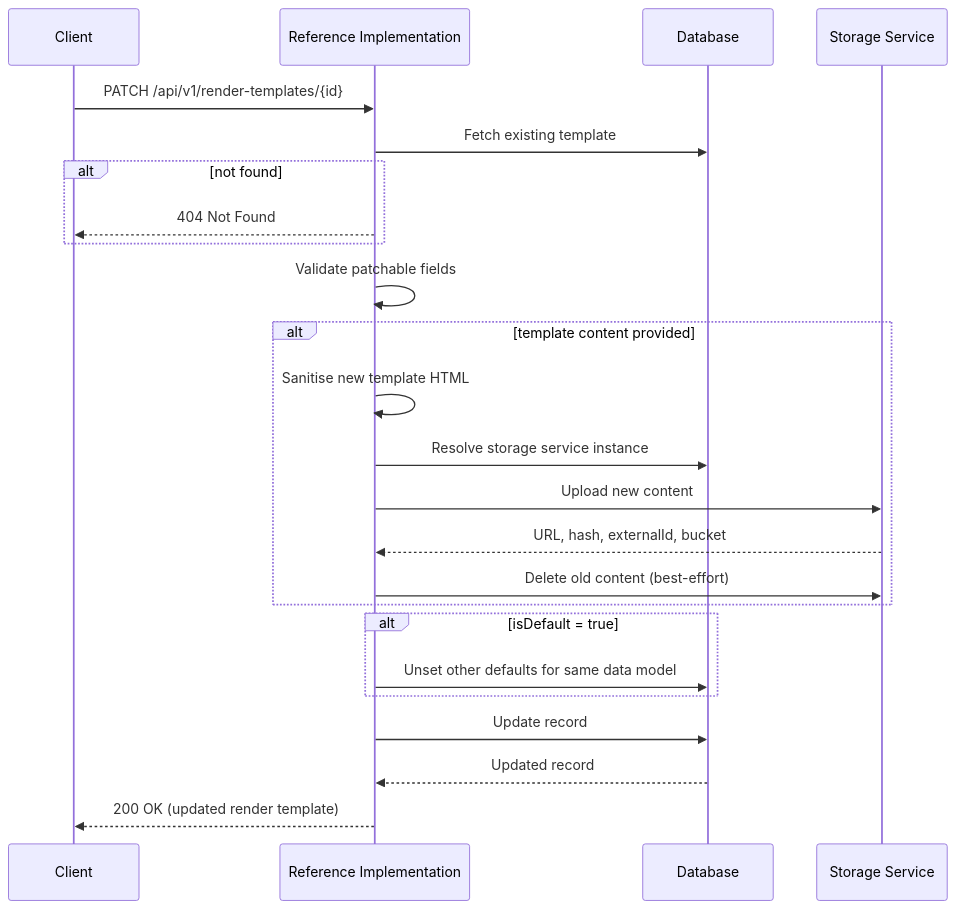
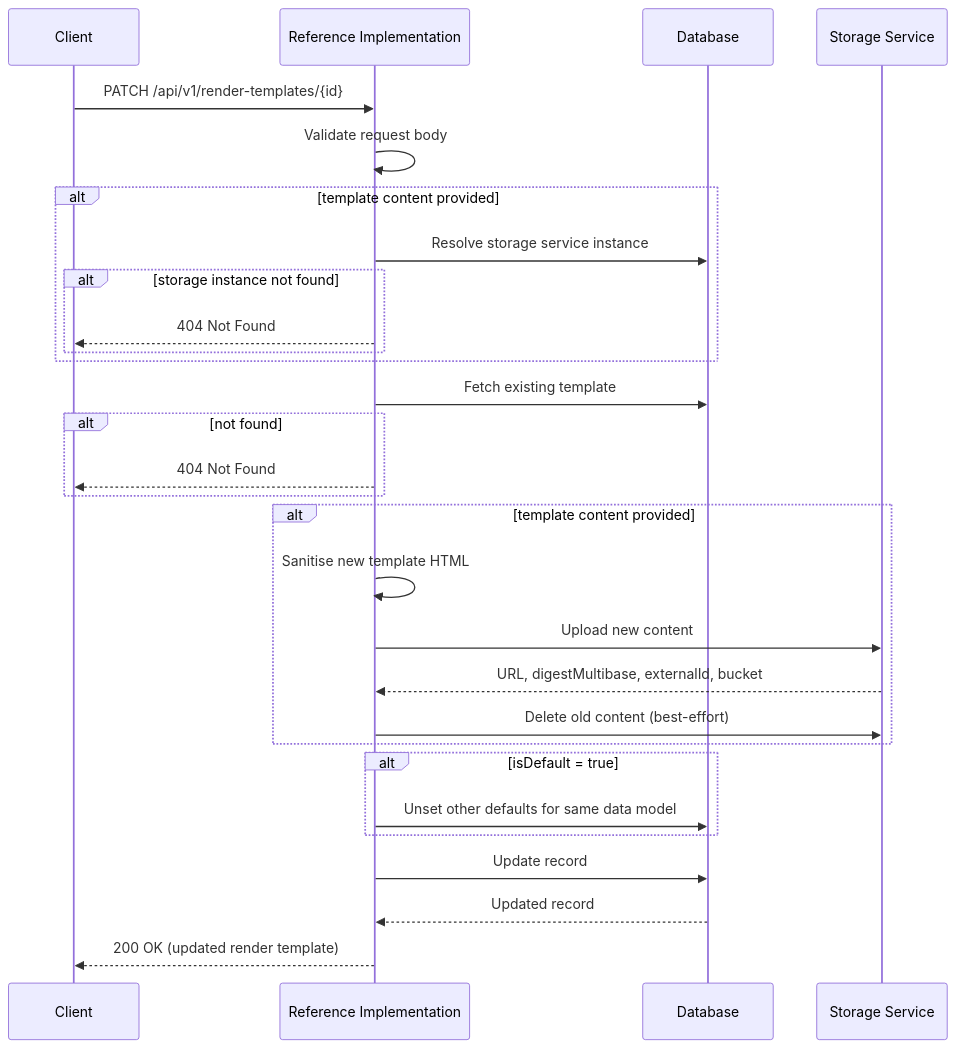
One commit to uncefact/tests-untp changed the third of 4 diagrams in documentation/docs/reference-implementation/api/render-templates.md. Above: the diagram before and after it, drawn with Mermaid. The commit also changed other lines of this file and 7 other files, not shown here.

Commit message:
feat(ri): validate render template request inputs at the route boundary (#940)

````diff
--- a/documentation/docs/reference-implementation/api/render-templates.md
+++ b/documentation/docs/reference-implementation/api/render-templates.md
@@ -181,27 +198,32 @@
 ```mermaid
 sequenceDiagram
     participant Client
     participant RI as Reference Implementation
     participant DB as Database
     participant Storage as Storage Service
 
     Client->>RI: PATCH /api/v1/render-templates/{id}
+    RI->>RI: Validate request body
+    alt template content provided
+        RI->>DB: Resolve storage service instance
+        alt storage instance not found
+            RI-->>Client: 404 Not Found
+        end
+    end
     RI->>DB: Fetch existing template
     alt not found
         RI-->>Client: 404 Not Found
     end
-    RI->>RI: Validate patchable fields
     alt template content provided
         RI->>RI: Sanitise new template HTML
-        RI->>DB: Resolve storage service instance
         RI->>Storage: Upload new content
-        Storage-->>RI: URL, hash, externalId, bucket
+        Storage-->>RI: URL, digestMultibase, externalId, bucket
         RI->>Storage: Delete old content (best-effort)
     end
     alt isDefault = true
         RI->>DB: Unset other defaults for same data model
     end
     RI->>DB: Update record
     DB-->>RI: Updated record
     RI-->>Client: 200 OK (updated render template)
 ```
````
